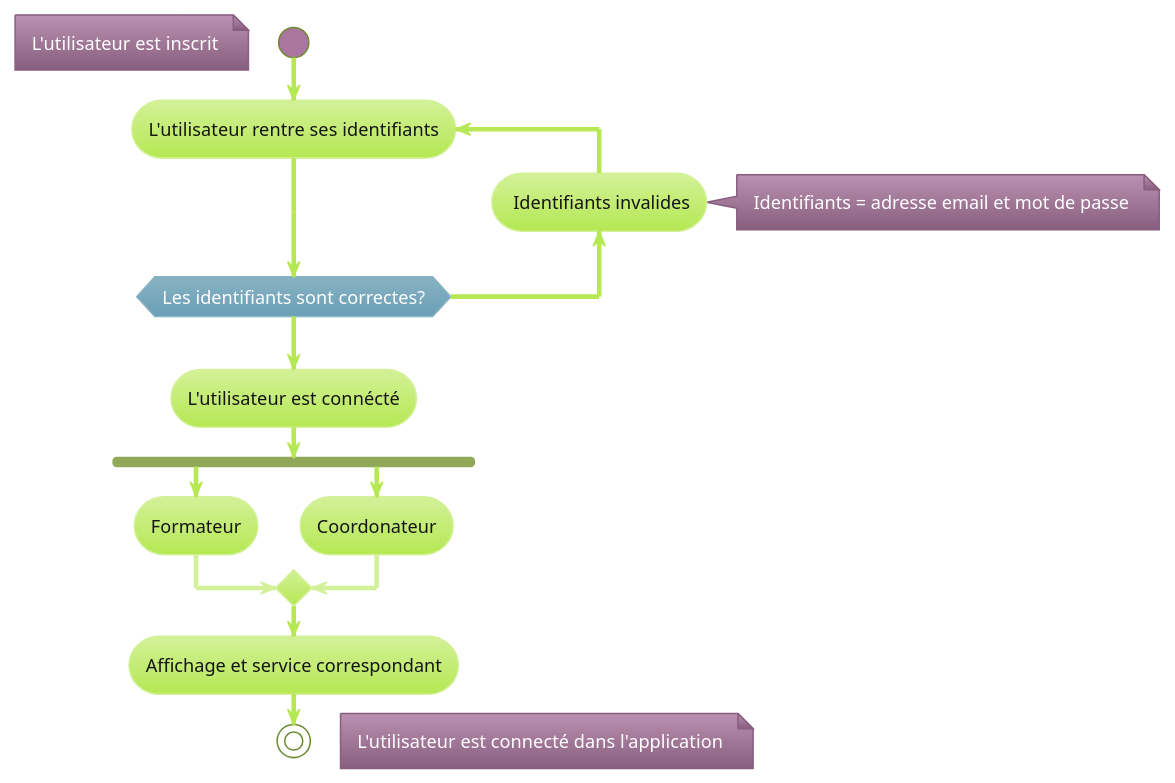
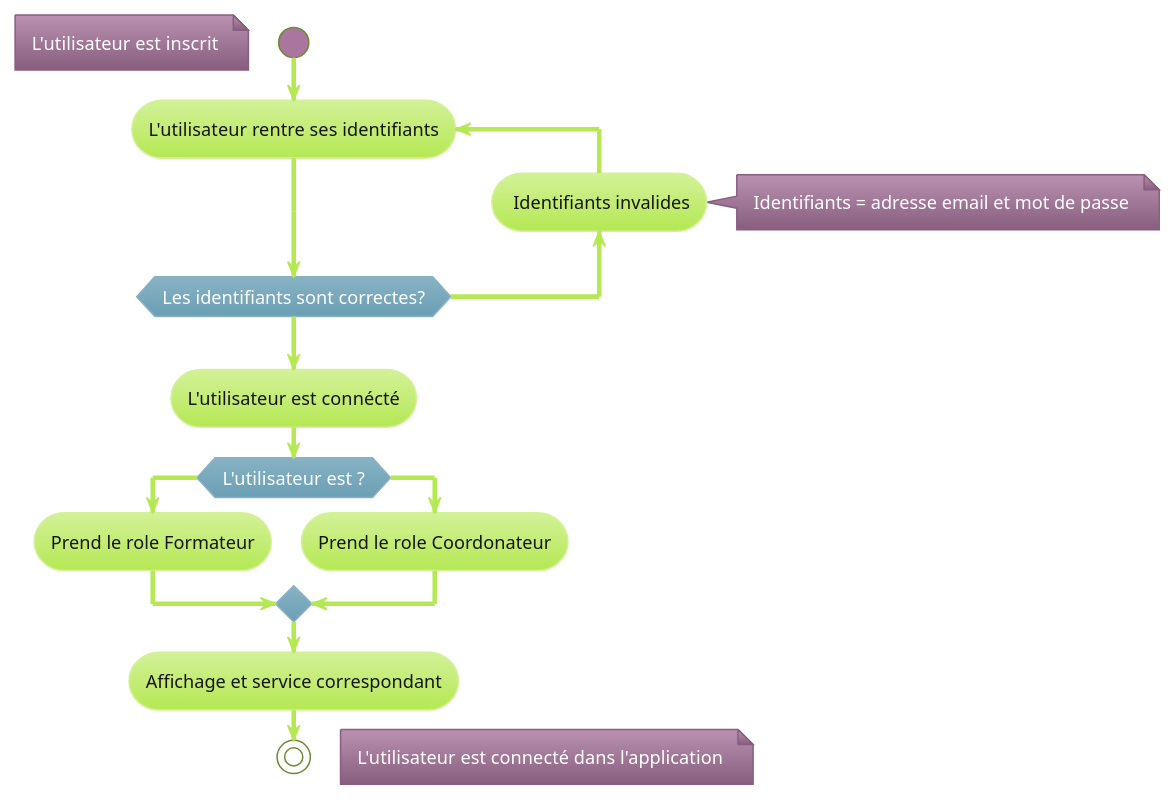
Before and after one commit to GreenHawk-99/AppGreta: the diagram in doc/puml/LoginActivity.puml, drawn with PlantUML. The commit also changed 6 other files, not shown here.

```diff
--- a/doc/puml/LoginActivity.puml
+++ b/doc/puml/LoginActivity.puml
@@ -1,25 +1,25 @@
 @startuml
 !theme hacker
 
 start
 floating note left: L'utilisateur est inscrit
 
 repeat :L'utilisateur rentre ses identifiants;
 
 backward: Identifiants invalides;
 note right: Identifiants = adresse email et mot de passe
 repeat while (Les identifiants sont correctes?) is (Non) not (Oui)
 
 :L'utilisateur est connécté;
 
-fork
-  :Formateur;
-fork again
-  :Coordonateur;
-end merge
+if (L'utilisateur est ?) then (Formateur)
+:Prend le role Formateur;
+else (Coordonateur)
+:Prend le role Coordonateur;
+endif
 
 :Affichage et service correspondant;
 
 stop
 floating note right: L'utilisateur est connecté dans l'application
 @enduml
```
